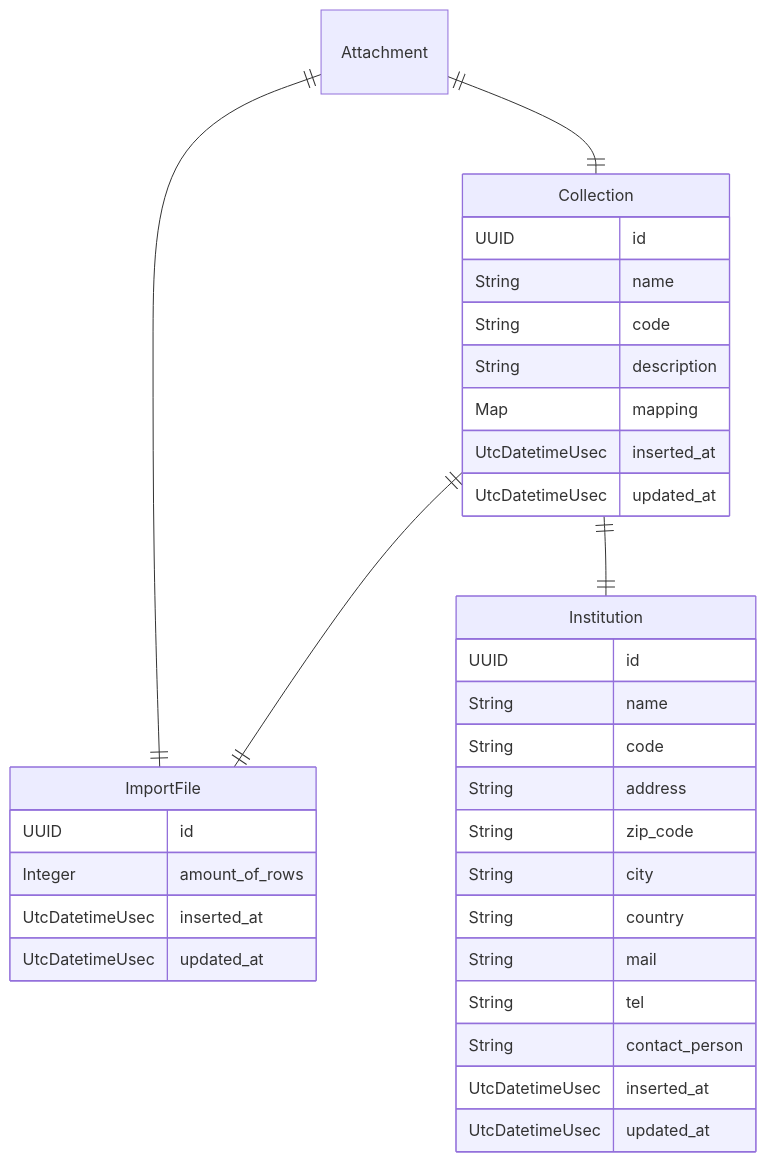
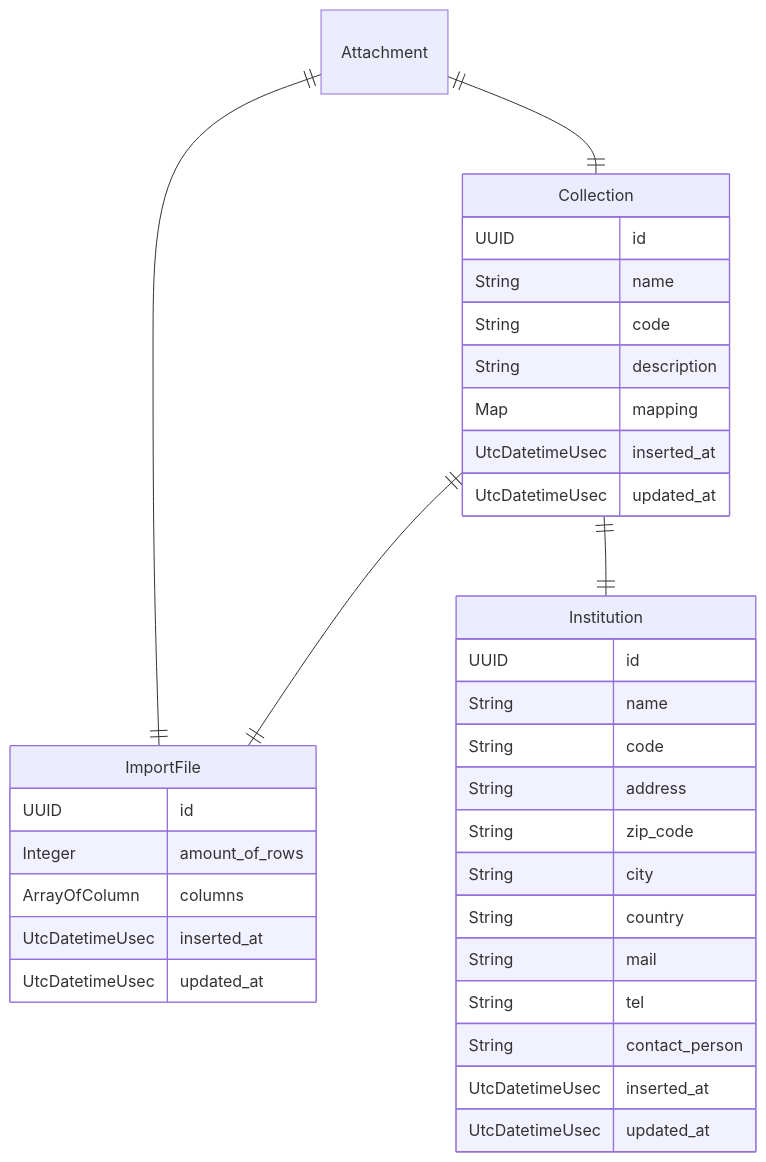
The second of 8 diagrams in docs/api.md (zebbra/data_aggregator), drawn with Mermaid before and after one commit. The commit also changed other lines of this file and 16 other files, not shown here.

````diff
--- a/docs/api.md
+++ b/docs/api.md
@@ -65,37 +64,38 @@
 ```mermaid
 erDiagram
     Institution {
         UUID id
         String name
         String code
         String address
         String zip_code
         String city
         String country
         String mail
         String tel
         String contact_person
         UtcDatetimeUsec inserted_at
         UtcDatetimeUsec updated_at
     }
     Collection {
         UUID id
         String name
         String code
         String description
         Map mapping
         UtcDatetimeUsec inserted_at
         UtcDatetimeUsec updated_at
     }
     ImportFile {
         UUID id
         Integer amount_of_rows
+        ArrayOfColumn columns
         UtcDatetimeUsec inserted_at
         UtcDatetimeUsec updated_at
     }
 
     Attachment ||--|| Collection : ""
     Attachment ||--|| ImportFile : ""
     Collection ||--|| ImportFile : ""
     Collection ||--|| Institution : ""
 ```
````
